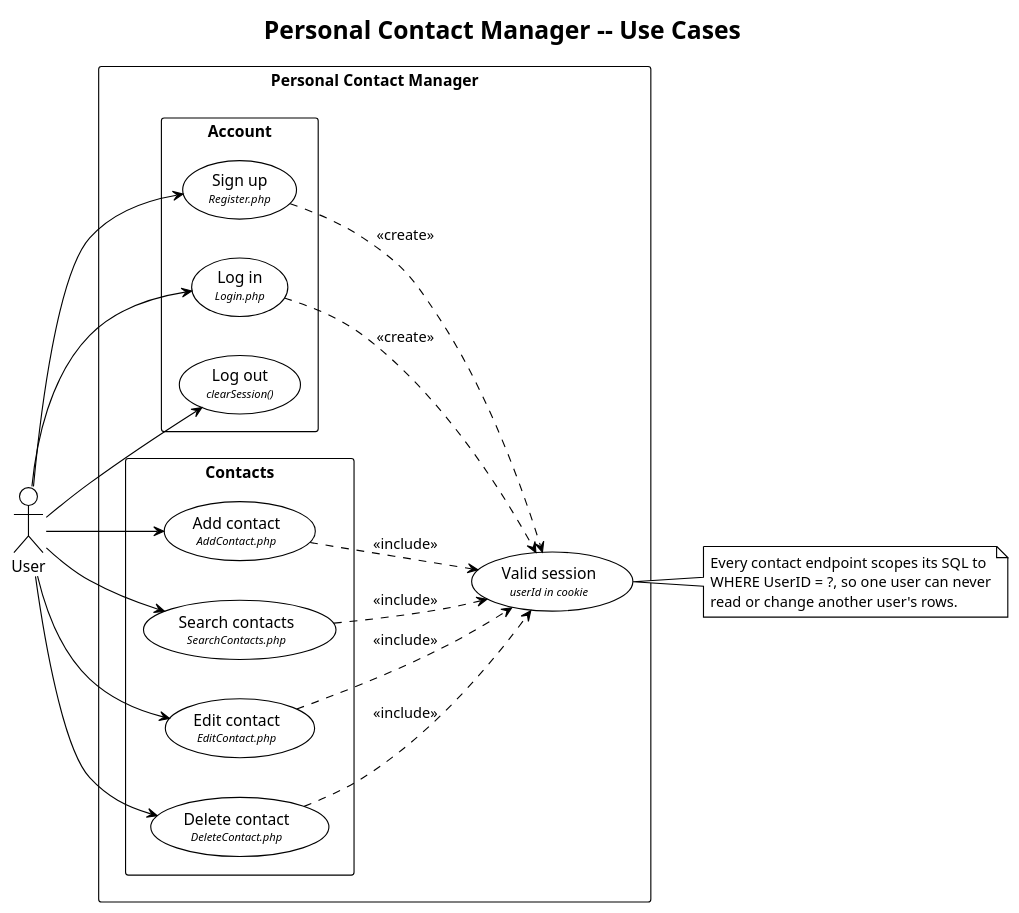
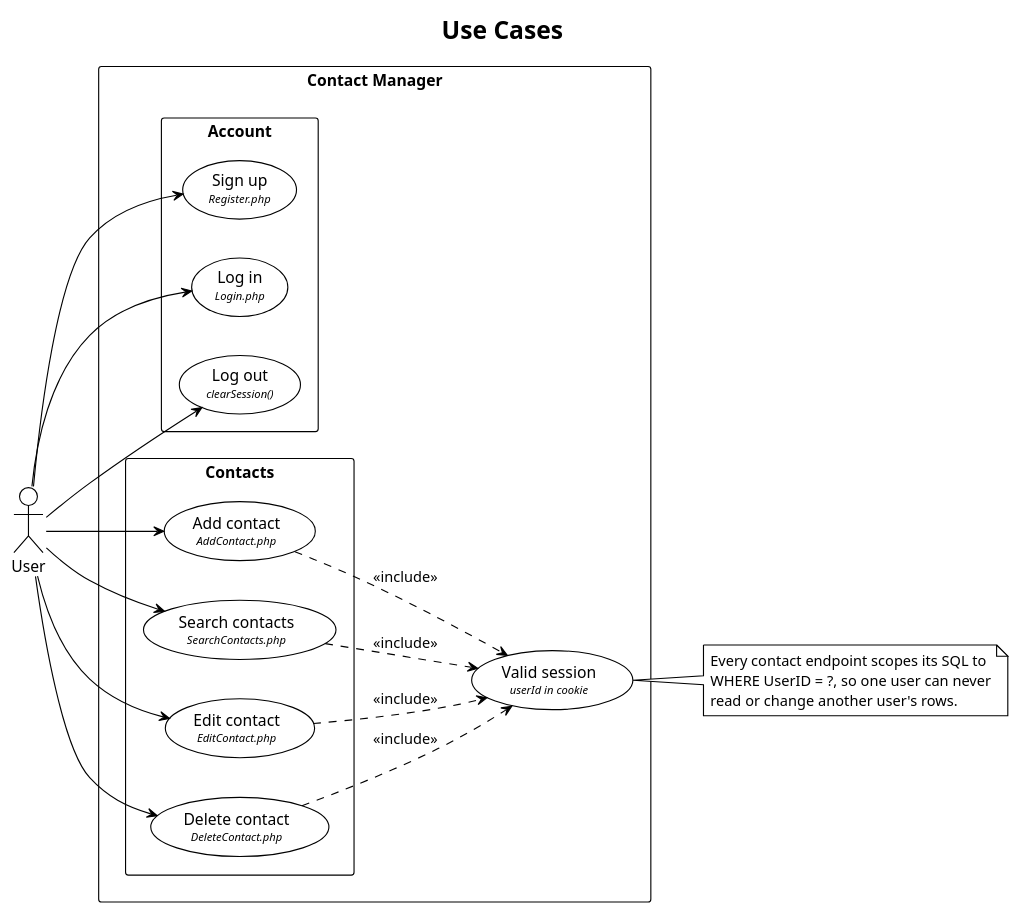
One commit to polter-dev/Poosd-Small-Project changed the diagram in docs/uml/use-case.puml. Above: the diagram before and after it, drawn with PlantUML. The commit also changed 8 other files, not shown here.

```diff
--- a/docs/uml/use-case.puml
+++ b/docs/uml/use-case.puml
@@ -1,58 +1,55 @@
 @startuml use-case
-' Personal Contact Manager -- use case diagram
+' Contact Manager -- use case diagram
 ' The endpoint that implements each use case is named inside the oval.
 
 !theme plain
 left to right direction
 skinparam shadowing false
 skinparam packageStyle rectangle
 skinparam usecase {
   BackgroundColor White
   BorderColor Black
 }
 
-title Personal Contact Manager -- Use Cases
+title Use Cases
 
 actor "User" as user
 
-rectangle "Personal Contact Manager" {
+rectangle "Contact Manager" {
 
   package "Account" {
     usecase "Sign up\n<size:10><i>Register.php</i></size>" as UC_SIGNUP
     usecase "Log in\n<size:10><i>Login.php</i></size>" as UC_LOGIN
     usecase "Log out\n<size:10><i>clearSession()</i></size>" as UC_LOGOUT
   }
 
   usecase "Valid session\n<size:10><i>userId in cookie</i></size>" as UC_SESSION
 
   package "Contacts" {
     usecase "Add contact\n<size:10><i>AddContact.php</i></size>" as UC_ADD
     usecase "Search contacts\n<size:10><i>SearchContacts.php</i></size>" as UC_SEARCH
     usecase "Edit contact\n<size:10><i>EditContact.php</i></size>" as UC_EDIT
     usecase "Delete contact\n<size:10><i>DeleteContact.php</i></size>" as UC_DELETE
   }
 }
 
 user --> UC_SIGNUP
 user --> UC_LOGIN
 user --> UC_LOGOUT
 user --> UC_ADD
 user --> UC_SEARCH
 user --> UC_EDIT
 user --> UC_DELETE
 
-UC_SIGNUP ..> UC_SESSION : <<create>>
-UC_LOGIN  ..> UC_SESSION : <<create>>
-
 UC_ADD    ..> UC_SESSION : <<include>>
 UC_SEARCH ..> UC_SESSION : <<include>>
 UC_EDIT   ..> UC_SESSION : <<include>>
 UC_DELETE ..> UC_SESSION : <<include>>
 
 note right of UC_SESSION
   Every contact endpoint scopes its SQL to
   WHERE UserID = ?, so one user can never
   read or change another user's rows.
 end note
 
 @enduml
```
